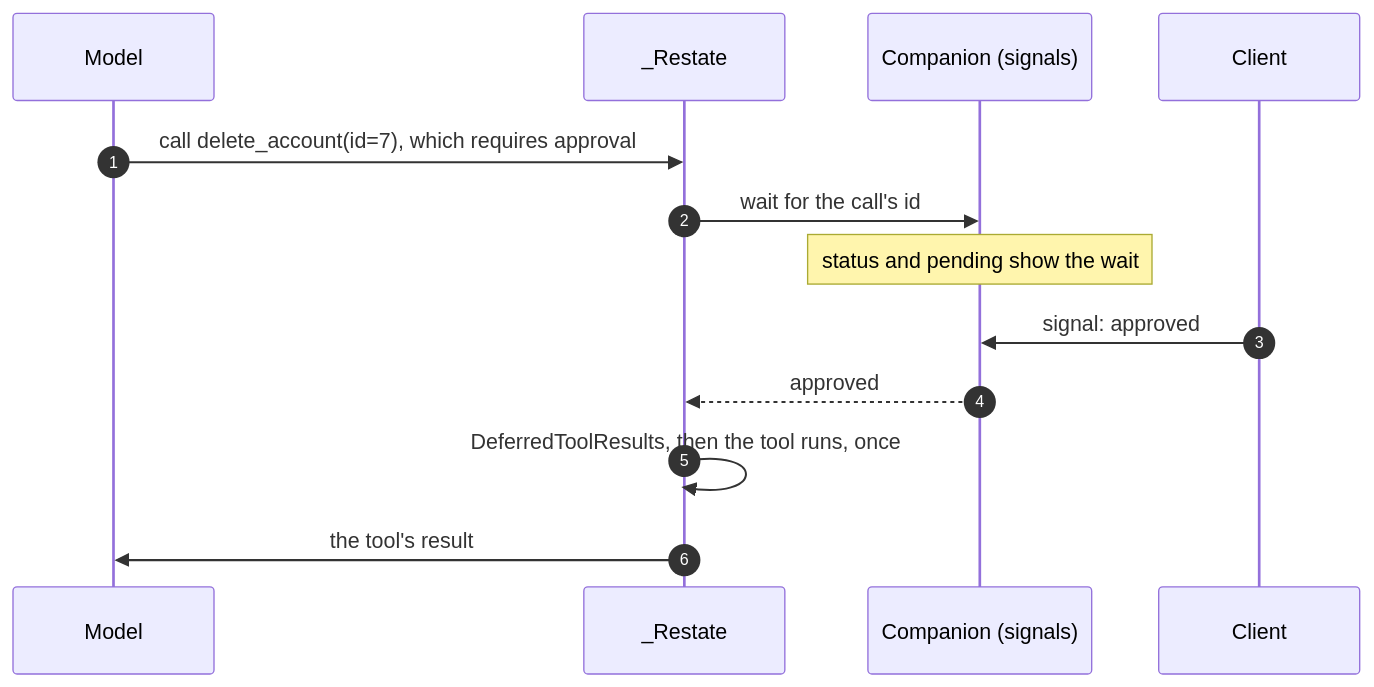
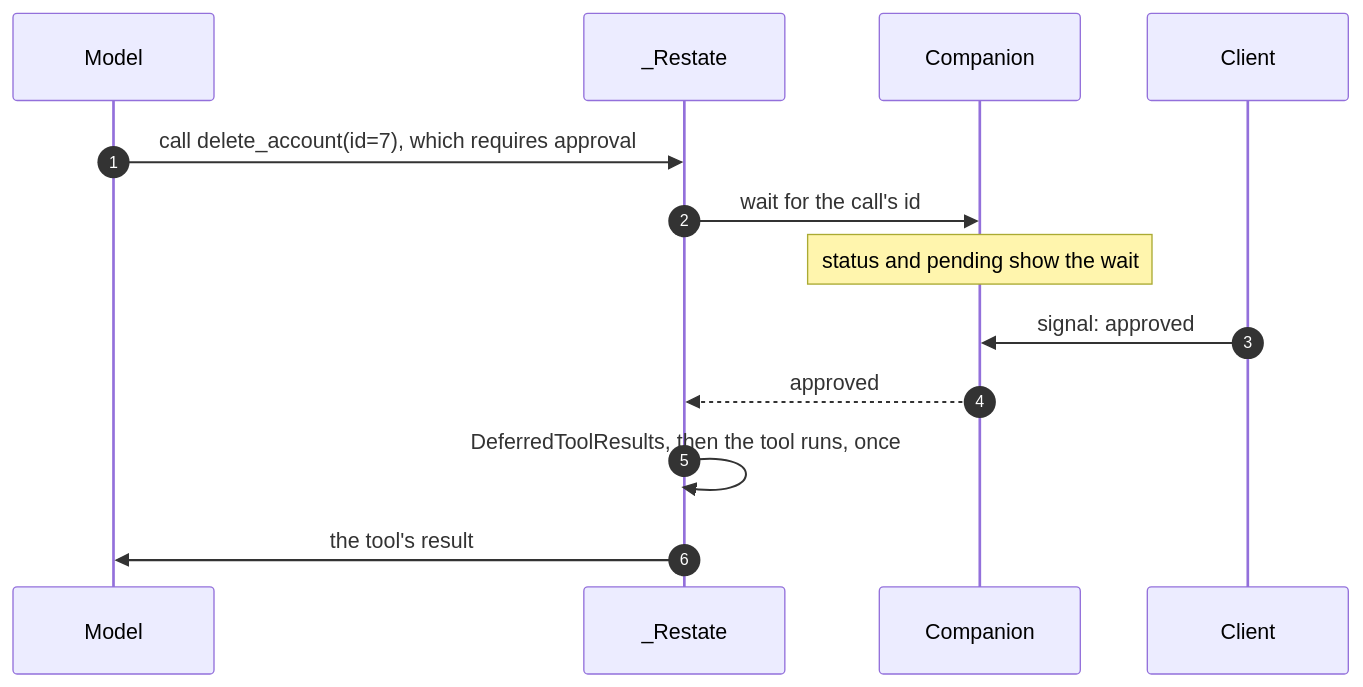
The second of 3 diagrams in docs/agents/frameworks.md (restatedev/sdk-python), drawn with Mermaid before and after one commit. The commit also changed 44 other files, not shown here.

````diff
--- a/docs/agents/frameworks.md
+++ b/docs/agents/frameworks.md
@@ -230,15 +230,15 @@
 ```mermaid
 sequenceDiagram
   autonumber
   participant M as Model
   participant G as _Restate
-  participant S as Companion (signals)
+  participant S as Companion
   participant C as Client
   M->>G: call delete_account(id=7), which requires approval
   G->>S: wait for the call's id
   Note over S: status and pending show the wait
   C->>S: signal: approved
   S-->>G: approved
   G->>G: DeferredToolResults, then the tool runs, once
   G->>M: the tool's result
 ```
````
